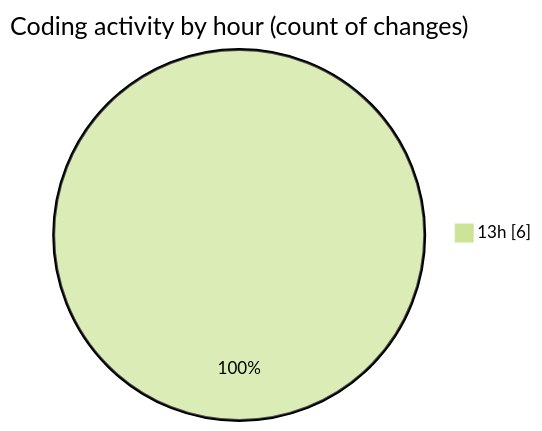
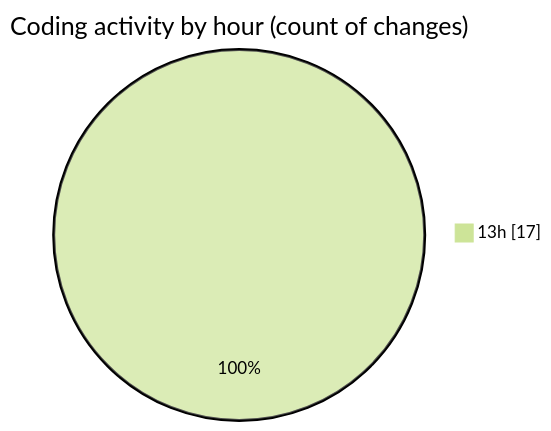
Before and after one commit to EIIisD/code-tracking: the second of 2 diagrams in 2025-07-20/fish/README.md, drawn with Mermaid (forest theme). The commit also changed other lines of this file and 1 other file, not shown here.

````diff
--- a/2025-07-20/fish/README.md
+++ b/2025-07-20/fish/README.md
@@ -28,5 +32,5 @@
 ```mermaid
 pie showData
 title Coding activity by hour (count of changes)
-"13h" : 6
+"13h" : 17
 ```
````
